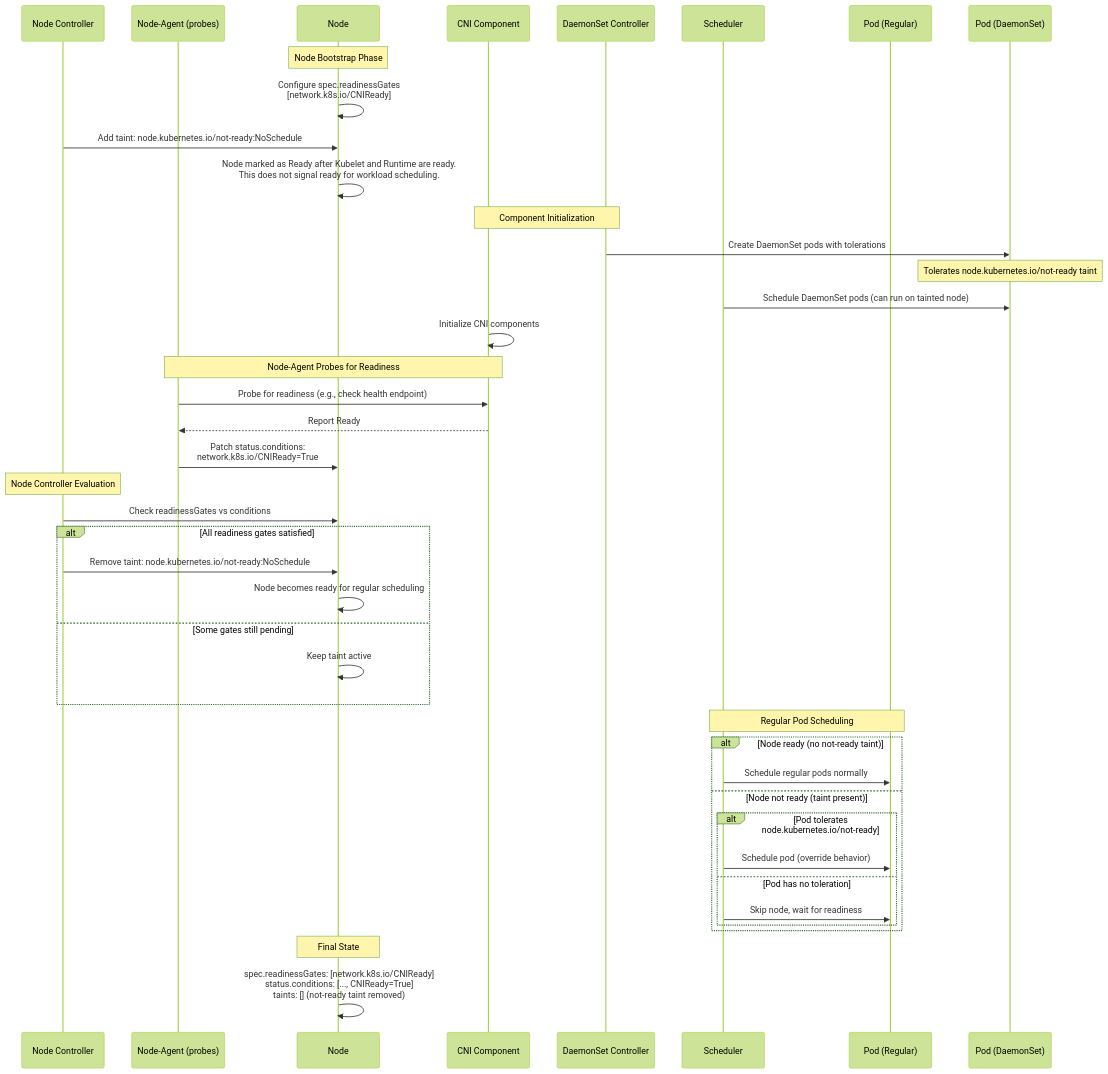
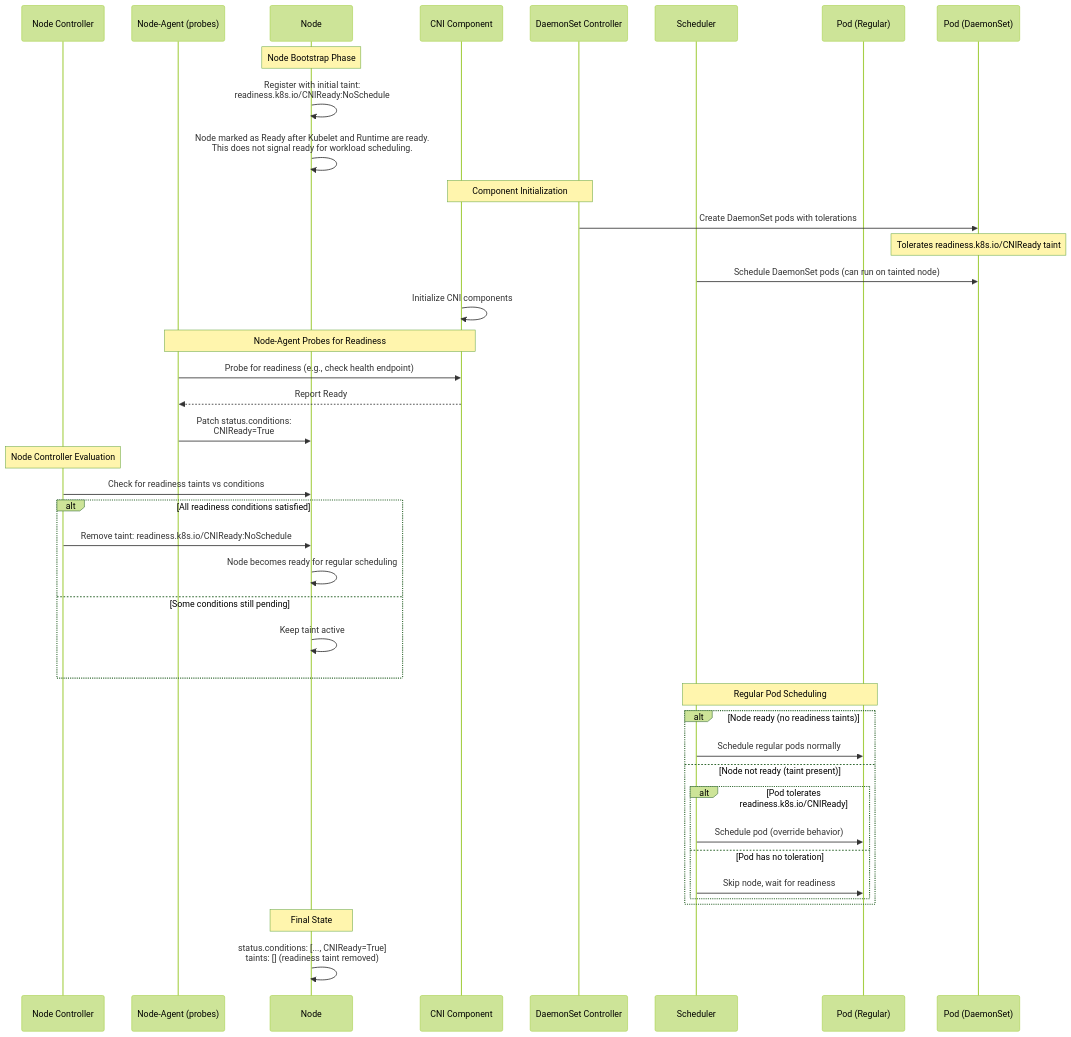
Before and after one commit to kubernetes/enhancements: the diagram in keps/sig-node/5233-node-readiness-gates/README.md, drawn with Mermaid (forest theme). The commit also changed other lines of this file, not shown here.

Commit message:
update kep-5233 to not rely on a new API

````diff
--- a/keps/sig-node/5233-node-readiness-gates/README.md
+++ b/keps/sig-node/5233-node-readiness-gates/README.md
@@ -185,50 +182,49 @@
 ```mermaid
 sequenceDiagram
     participant NC as Node Controller
     participant NA as Node-Agent (probes)
     participant N as Node
     participant CNI as CNI Component
     participant DS as DaemonSet Controller
     participant S as Scheduler
     participant P as Pod (Regular)
     participant DP as Pod (DaemonSet)
 
     Note over N: Node Bootstrap Phase
-    N->>N: Configure spec.readinessGates<br/>[network.k8s.io/CNIReady]
-    NC->>N: Add taint: node.kubernetes.io/not-ready:NoSchedule
+    N->>N: Register with initial taint:<br/>readiness.k8s.io/CNIReady:NoSchedule
     N->>N: Node marked as Ready after Kubelet and Runtime are ready.<br/>This does not signal ready for workload scheduling.
 
     Note over CNI,DS: Component Initialization
     DS->>DP: Create DaemonSet pods with tolerations
-    Note over DP: Tolerates node.kubernetes.io/not-ready taint
+    Note over DP: Tolerates readiness.k8s.io/CNIReady taint
     S->>DP: Schedule DaemonSet pods (can run on tainted node)
     CNI->>CNI: Initialize CNI components
 
     Note over NA, CNI: Node-Agent Probes for Readiness
     NA->>CNI: Probe for readiness (e.g., check health endpoint)
     CNI-->>NA: Report Ready
-    NA->>N: Patch status.conditions:<br/>network.k8s.io/CNIReady=True
+    NA->>N: Patch status.conditions:<br/>CNIReady=True
 
     Note over NC: Node Controller Evaluation
-    NC->>N: Check readinessGates vs conditions
-    alt All readiness gates satisfied
-        NC->>N: Remove taint: node.kubernetes.io/not-ready:NoSchedule
+    NC->>N: Check for readiness taints vs conditions
+    alt All readiness conditions satisfied
+        NC->>N: Remove taint: readiness.k8s.io/CNIReady:NoSchedule
         N->>N: Node becomes ready for regular scheduling
-    else Some gates still pending
+    else Some conditions still pending
         N->>N: Keep taint active
     end
 
     Note over S,P: Regular Pod Scheduling
-    alt Node ready (no not-ready taint)
+    alt Node ready (no readiness taints)
         S->>P: Schedule regular pods normally
     else Node not ready (taint present)
-        alt Pod tolerates node.kubernetes.io/not-ready
+        alt Pod tolerates readiness.k8s.io/CNIReady
             S->>P: Schedule pod (override behavior)
         else Pod has no toleration
             S->>P: Skip node, wait for readiness
         end
     end
 
     Note over N: Final State
-    N->>N: spec.readinessGates: [network.k8s.io/CNIReady]<br/>status.conditions: [..., CNIReady=True]<br/>taints: [] (not-ready taint removed)
+    N->>N: status.conditions: [..., CNIReady=True]<br/>taints: [] (readiness taint removed)
 ```
````
